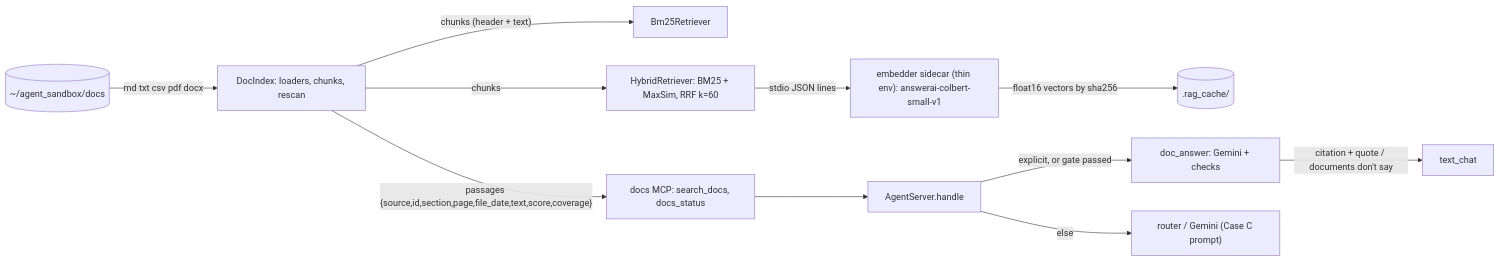
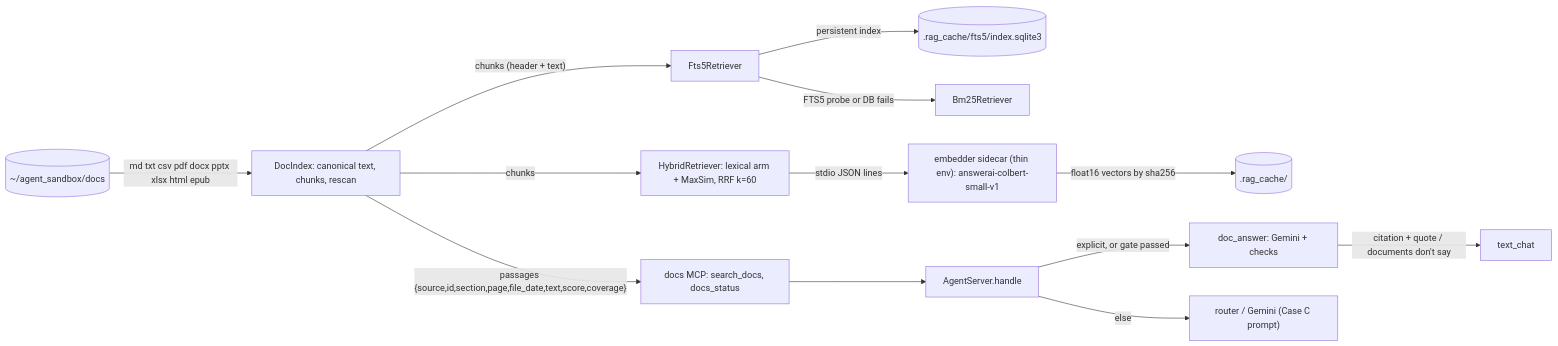
One commit to Martinnavs/AI-231-ME4 changed the first of 2 diagrams in docs/RAG.md. Above: the diagram before and after it, drawn with Mermaid. The commit also changed other lines of this file and 3 other files, not shown here.

First line of the commit message:
Docs: RAG canonical pipeline, FTS5 default, direct readers, Raspberry Pi guide

````diff
--- a/docs/RAG.md
+++ b/docs/RAG.md
@@ -72,13 +83,15 @@
 ```mermaid
 flowchart LR
-  folder[("~/agent_sandbox/docs")] -- "md txt csv pdf docx" --> idx["DocIndex: loaders, chunks, rescan"]
-  idx -- "chunks (header + text)" --> bm25[Bm25Retriever]
-  idx -- "chunks" --> hyb["HybridRetriever: BM25 + MaxSim, RRF k=60"]
+  folder[("~/agent_sandbox/docs")] -- "md txt csv pdf docx pptx xlsx html epub" --> idx["DocIndex: canonical text, chunks, rescan"]
+  idx -- "chunks (header + text)" --> fts[Fts5Retriever]
+  fts -- "persistent index" --> db[(".rag_cache/fts5/index.sqlite3")]
+  fts -- "FTS5 probe or DB fails" --> bm25[Bm25Retriever]
+  idx -- "chunks" --> hyb["HybridRetriever: lexical arm + MaxSim, RRF k=60"]
   hyb -- "stdio JSON lines" --> emb["embedder sidecar (thin env): answerai-colbert-small-v1"]
   emb -- "float16 vectors by sha256" --> cache[(".rag_cache/")]
   idx -- "passages {source,id,section,page,file_date,text,score,coverage}" --> mcp["docs MCP: search_docs, docs_status"]
   mcp --> handle[AgentServer.handle]
   handle -- "explicit, or gate passed" --> da["doc_answer: Gemini + checks"]
   da -- "citation + quote / documents don't say" --> client[text_chat]
   handle -- "else" --> model["router / Gemini (Case C prompt)"]
 ```
````
